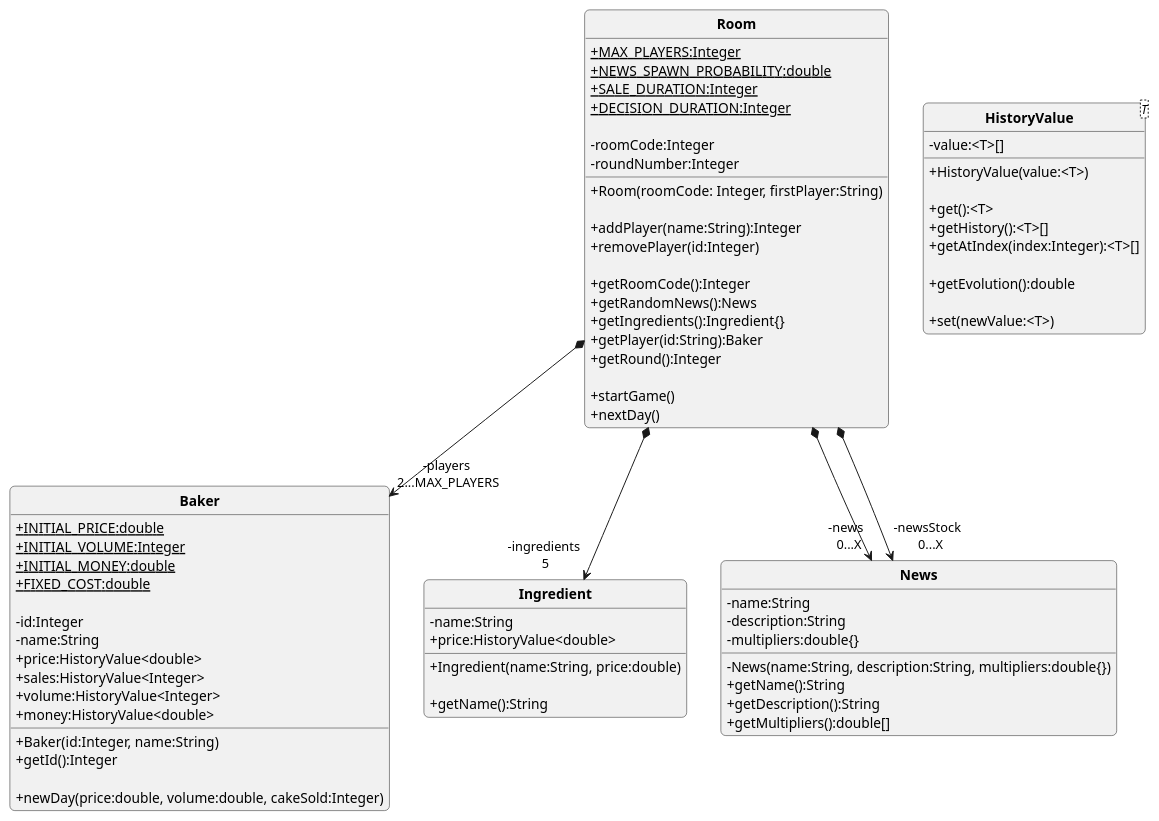
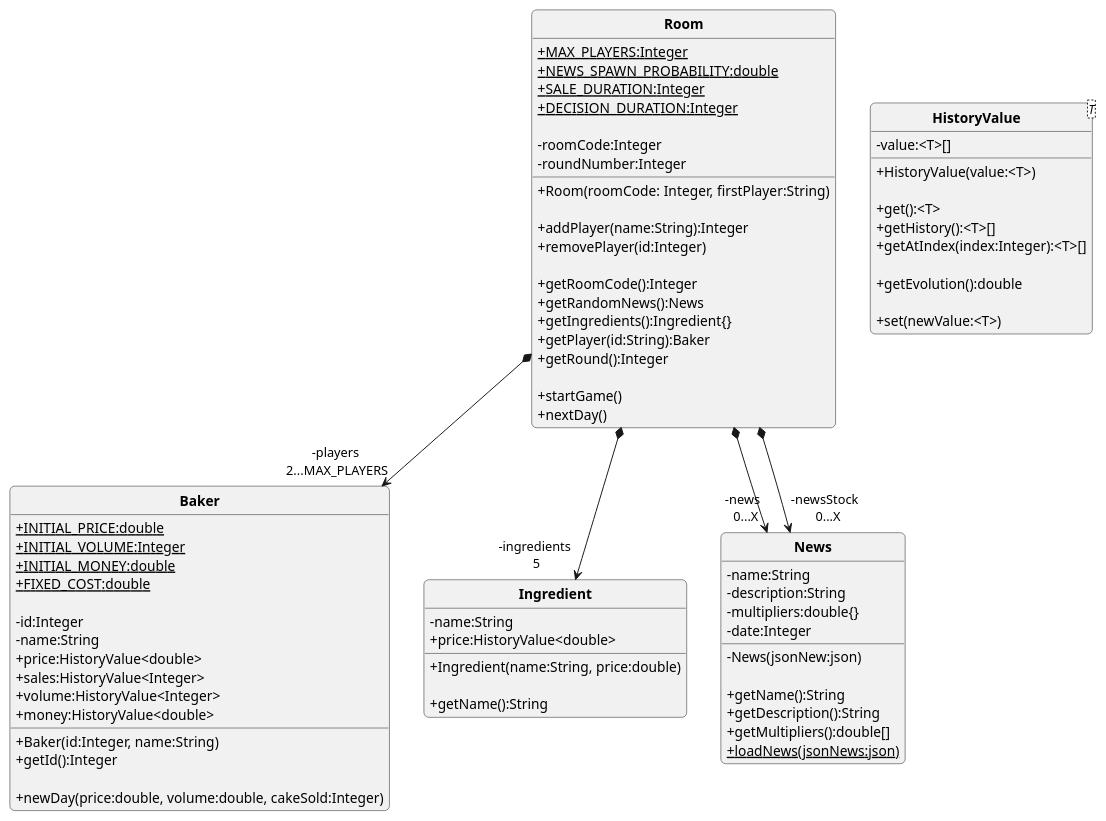
Before and after one commit to Les-Scrums-Masters/CakeIt: the diagram in diagrammeDeClasse.puml, drawn with PlantUML.

Commit message:
diagrammeDeClasse.puml : correction attributes class News

```diff
--- a/diagrammeDeClasse.puml
+++ b/diagrammeDeClasse.puml
@@ -1,101 +1,101 @@
 @startuml
 'https://plantuml.com/class-diagram
 
 skinparam style strictuml
 skinparam classAttributeIconSize 0
 skinparam classFontStyle Bold
 skinparam roundcorner 10
 hide enum methods
 
 class Room {
 
     + {static}MAX_PLAYERS:Integer
     + {static}NEWS_SPAWN_PROBABILITY:double
     + {static}SALE_DURATION:Integer
     + {static}DECISION_DURATION:Integer
     
     - roomCode:Integer
     - roundNumber:Integer
     + Room(roomCode: Integer, firstPlayer:String)
 
     + addPlayer(name:String):Integer
     + removePlayer(id:Integer)
 
     + getRoomCode():Integer
     + getRandomNews():News
     + getIngredients():Ingredient{}
     + getPlayer(id:String):Baker
     + getRound():Integer
 
     + startGame()
     + nextDay()
 
 }
 
 Room *--> "-players \n2...MAX_PLAYERS" Baker
 Room *--> "-ingredients \n5" Ingredient
 Room *--> "-news \n 0...X" News
 Room *--> "-newsStock \n 0...X" News
 
 class Baker {
 
     + {static}INITIAL_PRICE:double
     + {static}INITIAL_VOLUME:Integer
     + {static}INITIAL_MONEY:double
     + {static}FIXED_COST:double
     
     - id:Integer
     - name:String
     + price:HistoryValue<double>
     + sales:HistoryValue<Integer>
     + volume:HistoryValue<Integer>
     + money:HistoryValue<double>
 
     + Baker(id:Integer, name:String)
     + getId():Integer
 
     + newDay(price:double, volume:double, cakeSold:Integer)
 
 }
 
 class Ingredient {
 
     - name:String
     + price:HistoryValue<double>
 
     + Ingredient(name:String, price:double)
 
     + getName():String
 }
 
 class News {
-
     - name:String
     - description:String
     - multipliers:double{}
+    - date:Integer
 
-    - News(name:String, description:String, multipliers:double{})
+    - News(jsonNew:json)
     
     + getName():String
     + getDescription():String
     + getMultipliers():double[]
-
+    + {static}loadNews(jsonNews:json)
 }
 
 class HistoryValue<T> {
 
     - value:<T>[]
 
     + HistoryValue(value:<T>)
 
     + get():<T>
     + getHistory():<T>[]
     + getAtIndex(index:Integer):<T>[]
 
     + getEvolution():double
 
     + set(newValue:<T>)
 
 }
 
 @enduml
```
